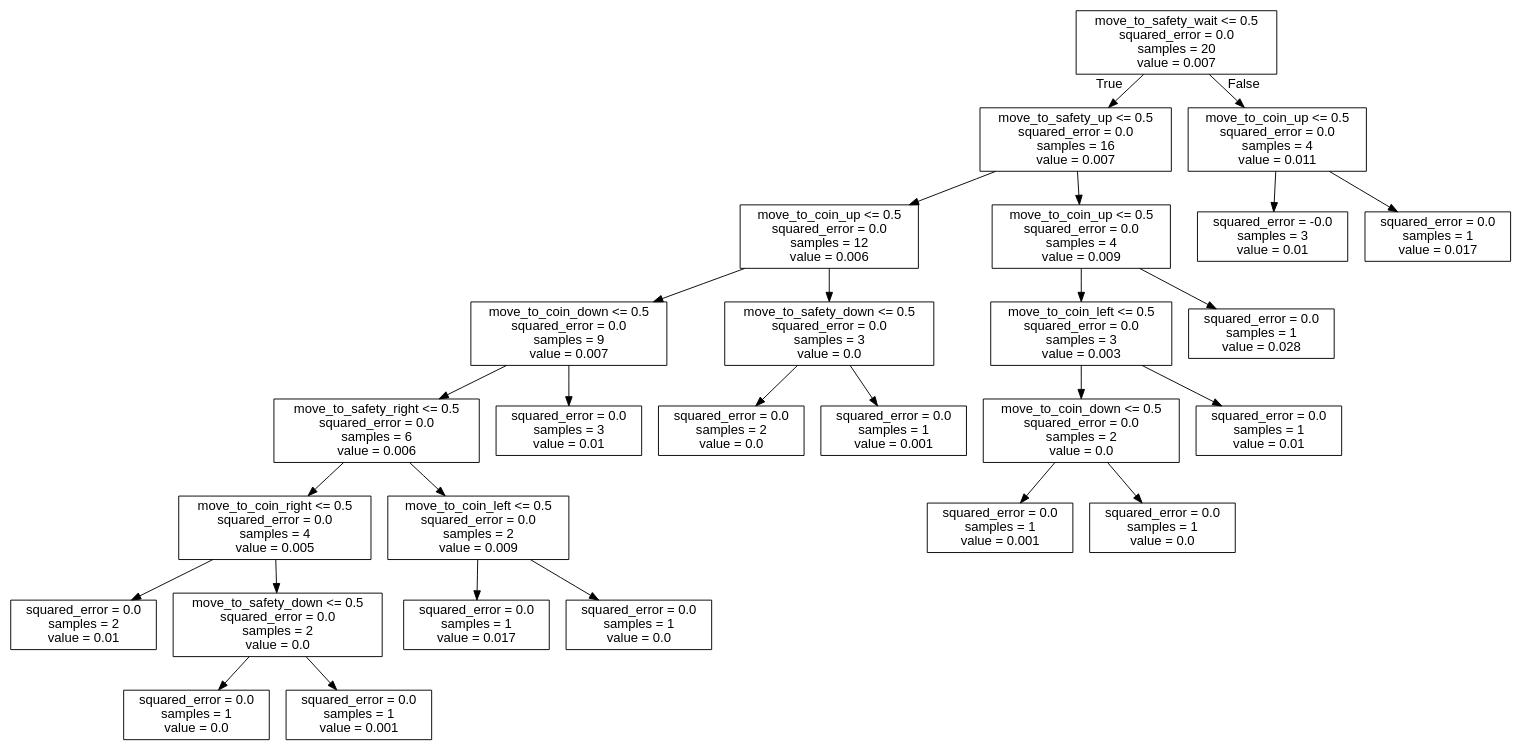
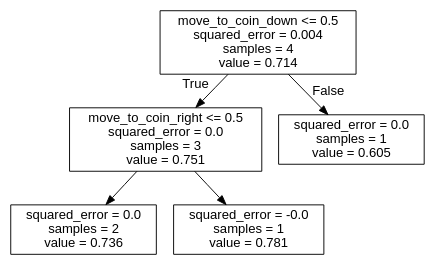
Before and after one commit to J-Gann/FML: the diagram in bomberman_rl/agent_code/my_agent/trees/WAIT.dot, drawn with Graphviz. The commit also changed 10 other files, not shown here.

```diff
--- a/bomberman_rl/agent_code/my_agent/trees/WAIT.dot
+++ b/bomberman_rl/agent_code/my_agent/trees/WAIT.dot
@@ -1,57 +1,13 @@
 digraph Tree {
 node [shape=box, fontname="helvetica"] ;
 edge [fontname="helvetica"] ;
-0 [label="move_to_safety_wait <= 0.5\nsquared_error = 0.0\nsamples = 20\nvalue = 0.007"] ;
-1 [label="move_to_safety_up <= 0.5\nsquared_error = 0.0\nsamples = 16\nvalue = 0.007"] ;
+0 [label="move_to_coin_down <= 0.5\nsquared_error = 0.004\nsamples = 4\nvalue = 0.714"] ;
+1 [label="move_to_coin_right <= 0.5\nsquared_error = 0.0\nsamples = 3\nvalue = 0.751"] ;
 0 -> 1 [labeldistance=2.5, labelangle=45, headlabel="True"] ;
-2 [label="move_to_coin_up <= 0.5\nsquared_error = 0.0\nsamples = 12\nvalue = 0.006"] ;
+2 [label="squared_error = 0.0\nsamples = 2\nvalue = 0.736"] ;
 1 -> 2 ;
-3 [label="move_to_coin_down <= 0.5\nsquared_error = 0.0\nsamples = 9\nvalue = 0.007"] ;
-2 -> 3 ;
-4 [label="move_to_safety_right <= 0.5\nsquared_error = 0.0\nsamples = 6\nvalue = 0.006"] ;
-3 -> 4 ;
-5 [label="move_to_coin_right <= 0.5\nsquared_error = 0.0\nsamples = 4\nvalue = 0.005"] ;
-4 -> 5 ;
-6 [label="squared_error = 0.0\nsamples = 2\nvalue = 0.01"] ;
-5 -> 6 ;
-7 [label="move_to_safety_down <= 0.5\nsquared_error = 0.0\nsamples = 2\nvalue = 0.0"] ;
-5 -> 7 ;
-8 [label="squared_error = 0.0\nsamples = 1\nvalue = 0.0"] ;
-7 -> 8 ;
-9 [label="squared_error = 0.0\nsamples = 1\nvalue = 0.001"] ;
-7 -> 9 ;
-10 [label="move_to_coin_left <= 0.5\nsquared_error = 0.0\nsamples = 2\nvalue = 0.009"] ;
-4 -> 10 ;
-11 [label="squared_error = 0.0\nsamples = 1\nvalue = 0.017"] ;
-10 -> 11 ;
-12 [label="squared_error = 0.0\nsamples = 1\nvalue = 0.0"] ;
-10 -> 12 ;
-13 [label="squared_error = 0.0\nsamples = 3\nvalue = 0.01"] ;
-3 -> 13 ;
-14 [label="move_to_safety_down <= 0.5\nsquared_error = 0.0\nsamples = 3\nvalue = 0.0"] ;
-2 -> 14 ;
-15 [label="squared_error = 0.0\nsamples = 2\nvalue = 0.0"] ;
-14 -> 15 ;
-16 [label="squared_error = 0.0\nsamples = 1\nvalue = 0.001"] ;
-14 -> 16 ;
-17 [label="move_to_coin_up <= 0.5\nsquared_error = 0.0\nsamples = 4\nvalue = 0.009"] ;
-1 -> 17 ;
-18 [label="move_to_coin_left <= 0.5\nsquared_error = 0.0\nsamples = 3\nvalue = 0.003"] ;
-17 -> 18 ;
-19 [label="move_to_coin_down <= 0.5\nsquared_error = 0.0\nsamples = 2\nvalue = 0.0"] ;
-18 -> 19 ;
-20 [label="squared_error = 0.0\nsamples = 1\nvalue = 0.001"] ;
-19 -> 20 ;
-21 [label="squared_error = 0.0\nsamples = 1\nvalue = 0.0"] ;
-19 -> 21 ;
-22 [label="squared_error = 0.0\nsamples = 1\nvalue = 0.01"] ;
-18 -> 22 ;
-23 [label="squared_error = 0.0\nsamples = 1\nvalue = 0.028"] ;
-17 -> 23 ;
-24 [label="move_to_coin_up <= 0.5\nsquared_error = 0.0\nsamples = 4\nvalue = 0.011"] ;
-0 -> 24 [labeldistance=2.5, labelangle=-45, headlabel="False"] ;
-25 [label="squared_error = -0.0\nsamples = 3\nvalue = 0.01"] ;
-24 -> 25 ;
-26 [label="squared_error = 0.0\nsamples = 1\nvalue = 0.017"] ;
-24 -> 26 ;
+3 [label="squared_error = -0.0\nsamples = 1\nvalue = 0.781"] ;
+1 -> 3 ;
+4 [label="squared_error = 0.0\nsamples = 1\nvalue = 0.605"] ;
+0 -> 4 [labeldistance=2.5, labelangle=-45, headlabel="False"] ;
 }
```
